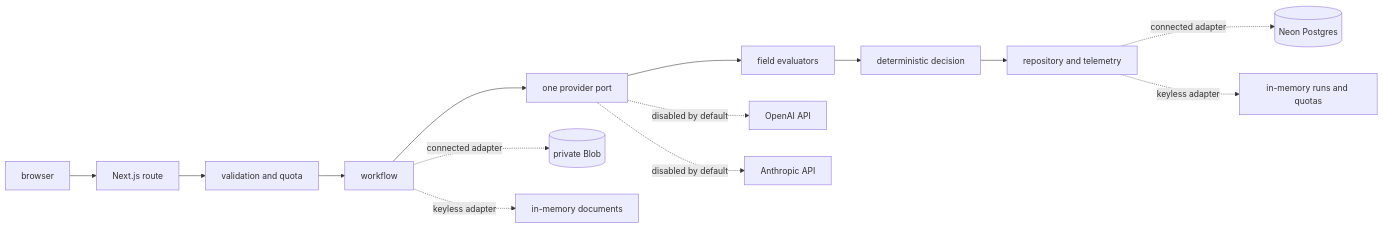
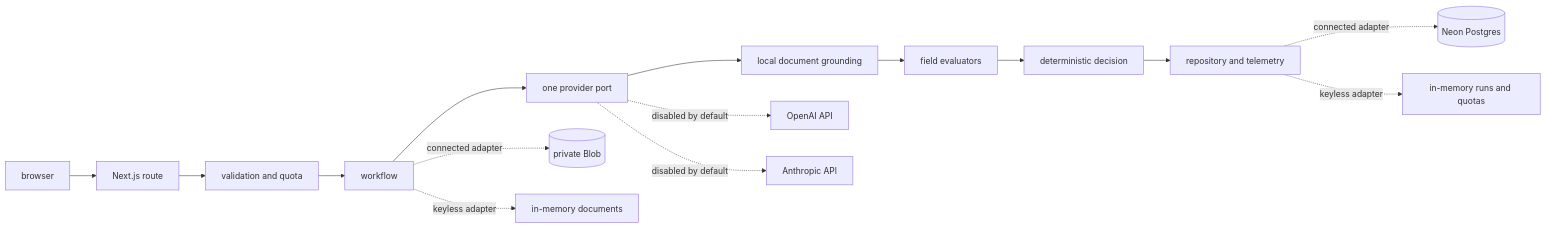
Before and after one commit to nicodelasc/document-intelligence-assurance-hub: the diagram in docs/architecture.md, drawn with Mermaid. The commit also changed other lines of this file and 18 other files, not shown here.

````diff
--- a/docs/architecture.md
+++ b/docs/architecture.md
@@ -5,17 +5,18 @@
 ```mermaid
 flowchart LR
   Browser[browser] --> Route[Next.js route]
   Route --> Gate[validation and quota]
   Gate --> Workflow[workflow]
   Workflow --> Provider[one provider port]
-  Provider --> Evaluators[field evaluators]
+  Provider --> Grounding[local document grounding]
+  Grounding --> Evaluators[field evaluators]
   Evaluators --> Decision[deterministic decision]
   Decision --> Repository[repository and telemetry]
 
   Workflow -. connected adapter .-> Blob[(private Blob)]
   Repository -. connected adapter .-> Neon[(Neon Postgres)]
   Workflow -. keyless adapter .-> MemoryDocs[in-memory documents]
   Repository -. keyless adapter .-> MemoryRuns[in-memory runs and quotas]
   Provider -. disabled by default .-> OpenAI[OpenAI API]
   Provider -. disabled by default .-> Anthropic[Anthropic API]
 ```
````
